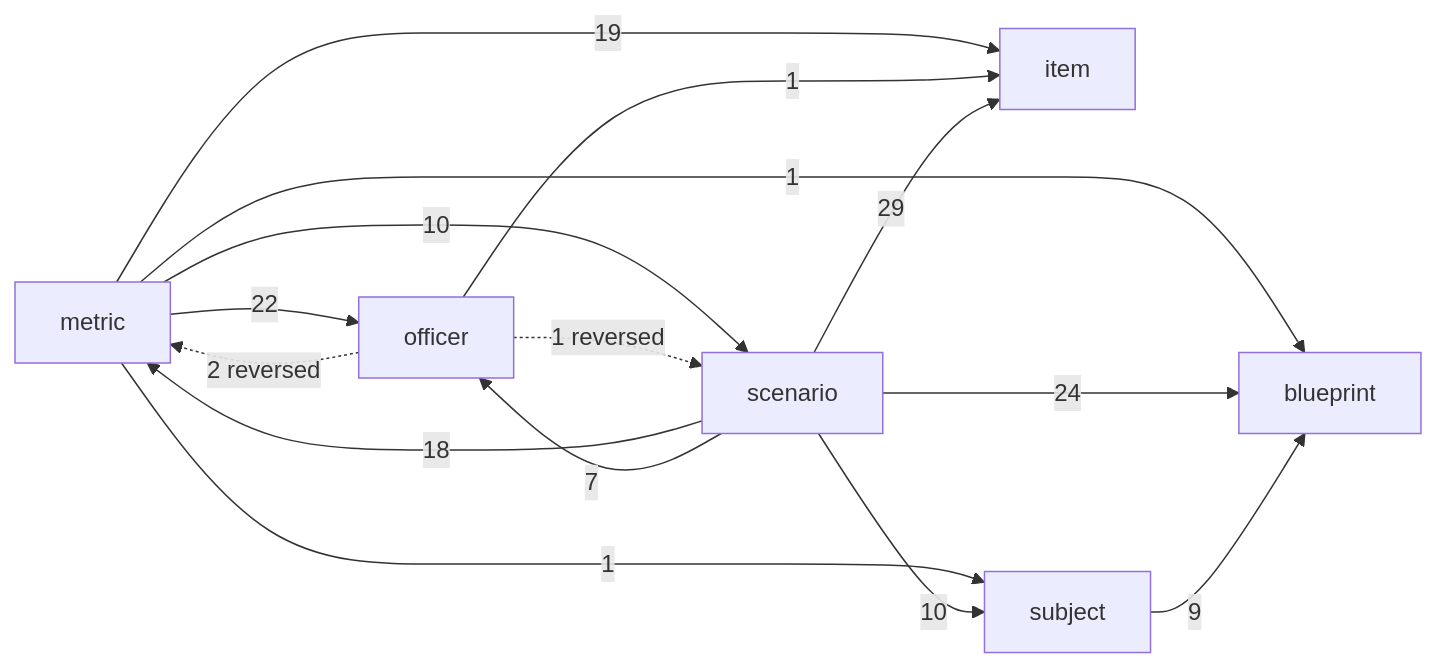
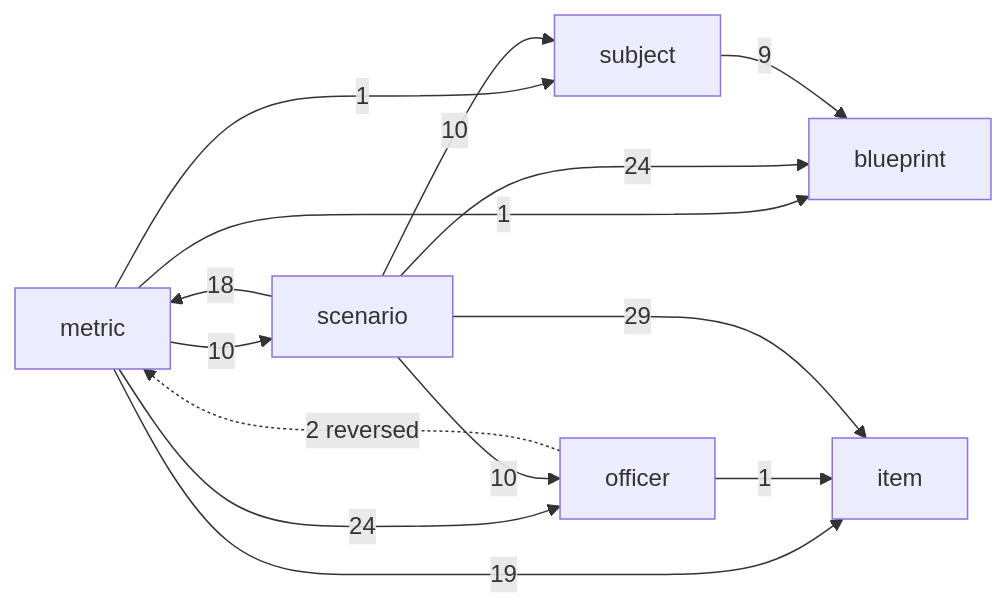
The diagram in docs/architecture.md (geraldmaron/tactically-idle), drawn with Mermaid before and after one commit. The commit also changed other lines of this file and 25 other files, not shown here.

````diff
--- a/docs/architecture.md
+++ b/docs/architecture.md
@@ -40,17 +40,16 @@
 ```mermaid
 flowchart LR
   metric -->|1| blueprint
   metric -->|19| item
-  metric -->|22| officer
+  metric -->|24| officer
   metric -->|10| scenario
   metric -->|1| subject
   officer -->|1| item
   officer -.->|2 reversed| metric
-  officer -.->|1 reversed| scenario
   scenario -->|24| blueprint
   scenario -->|29| item
   scenario -->|18| metric
-  scenario -->|7| officer
+  scenario -->|10| officer
   scenario -->|10| subject
   subject -->|9| blueprint
 ```
````
